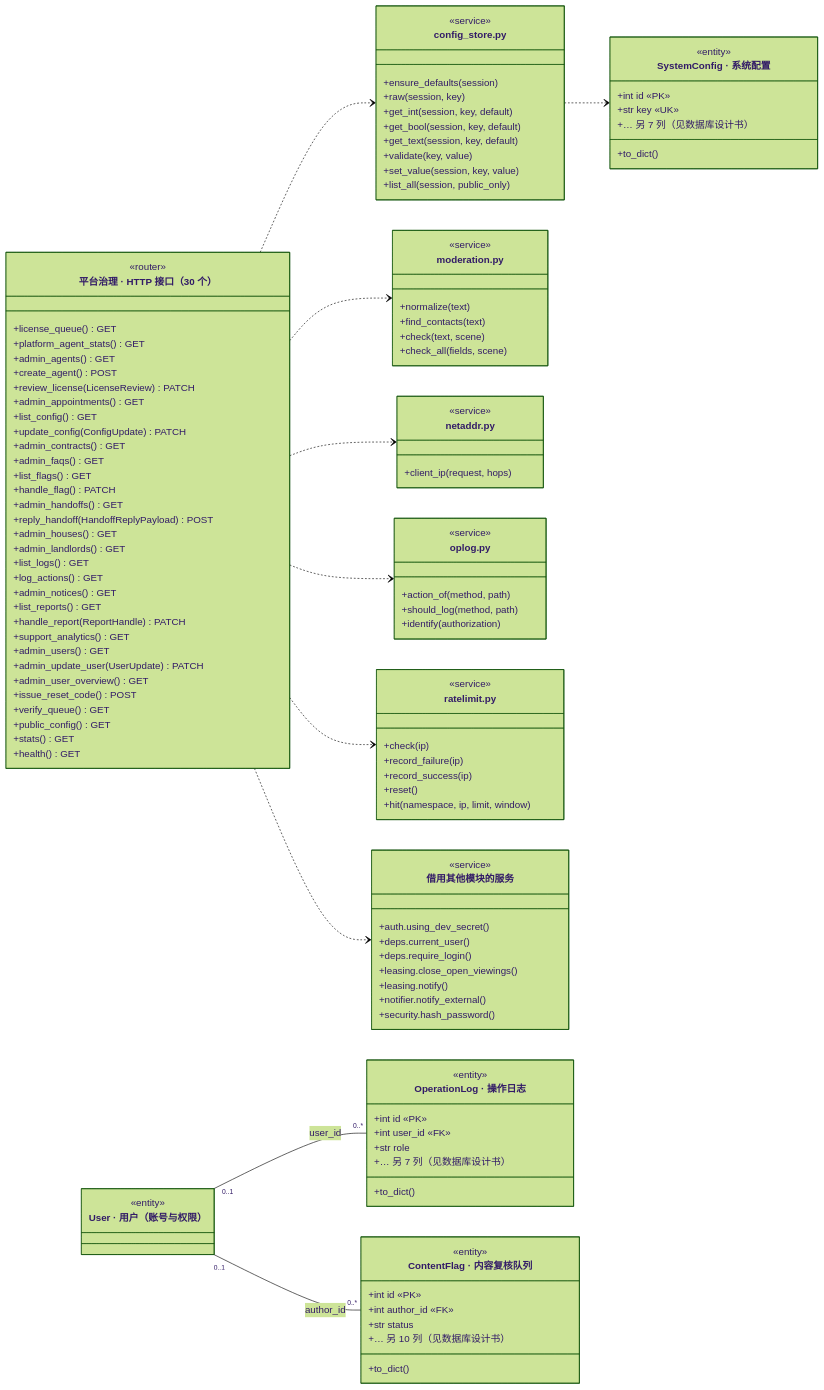
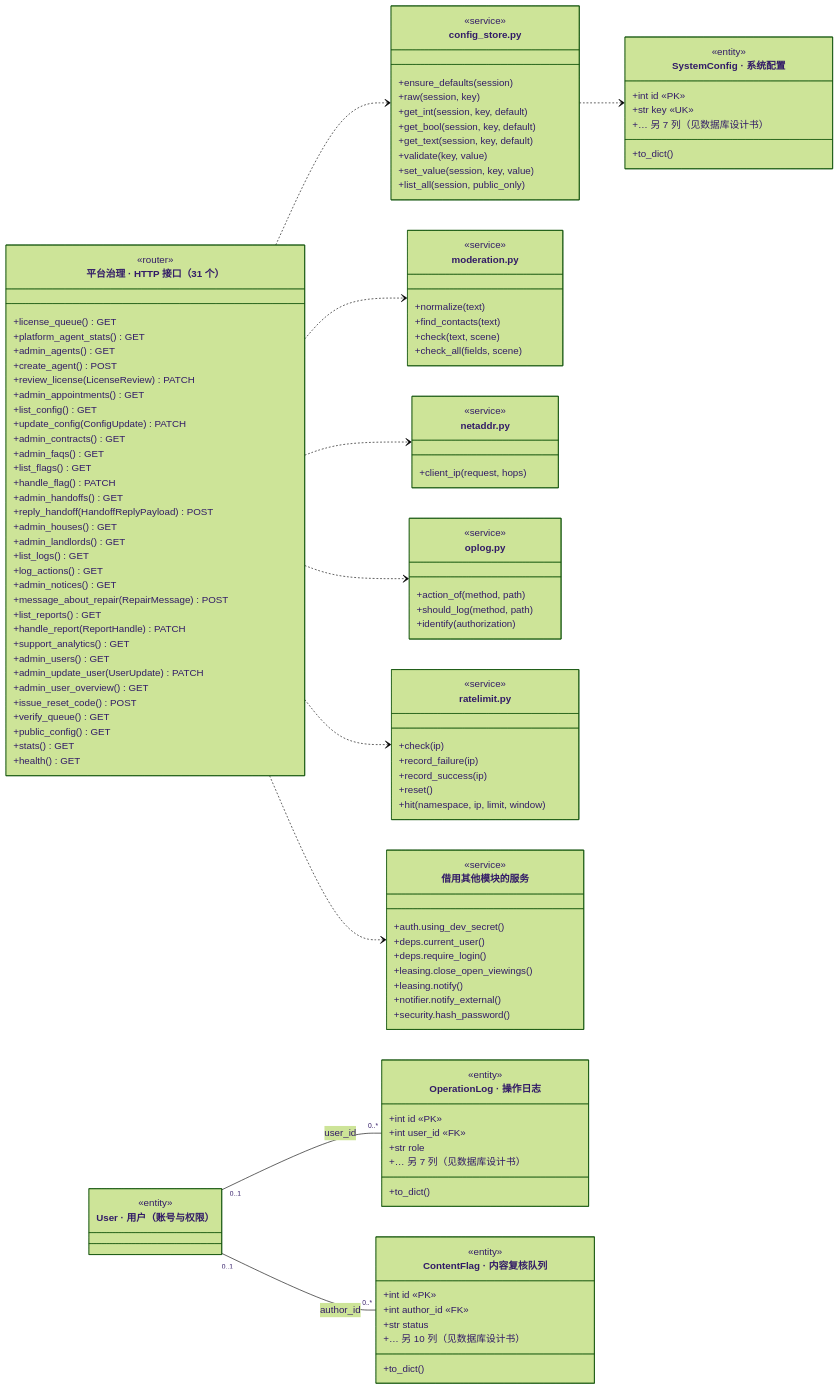
Before and after one commit to A107586/ai-house-rental: the diagram in docs/图/class_governance.mmd, drawn with Mermaid (forest theme). The commit also changed 28 other files, not shown here.

```diff
--- a/docs/图/class_governance.mmd
+++ b/docs/图/class_governance.mmd
@@ -1,115 +1,116 @@
 classDiagram
     direction LR
-    class Api["平台治理 · HTTP 接口（30 个）"] {
+    class Api["平台治理 · HTTP 接口（31 个）"] {
         <<router>>
         +license_queue() GET
         +platform_agent_stats() GET
         +admin_agents() GET
         +create_agent() POST
         +review_license(LicenseReview) PATCH
         +admin_appointments() GET
         +list_config() GET
         +update_config(ConfigUpdate) PATCH
         +admin_contracts() GET
         +admin_faqs() GET
         +list_flags() GET
         +handle_flag() PATCH
         +admin_handoffs() GET
         +reply_handoff(HandoffReplyPayload) POST
         +admin_houses() GET
         +admin_landlords() GET
         +list_logs() GET
         +log_actions() GET
         +admin_notices() GET
+        +message_about_repair(RepairMessage) POST
         +list_reports() GET
         +handle_report(ReportHandle) PATCH
         +support_analytics() GET
         +admin_users() GET
         +admin_update_user(UserUpdate) PATCH
         +admin_user_overview() GET
         +issue_reset_code() POST
         +verify_queue() GET
         +public_config() GET
         +stats() GET
         +health() GET
     }
     class m_config_store["config_store.py"] {
         <<service>>
         +ensure_defaults(session)
         +raw(session, key)
         +get_int(session, key, default)
         +get_bool(session, key, default)
         +get_text(session, key, default)
         +validate(key, value)
         +set_value(session, key, value)
         +list_all(session, public_only)
     }
     Api ..> m_config_store
     class m_moderation["moderation.py"] {
         <<service>>
         +normalize(text)
         +find_contacts(text)
         +check(text, scene)
         +check_all(fields, scene)
     }
     Api ..> m_moderation
     class m_netaddr["netaddr.py"] {
         <<service>>
         +client_ip(request, hops)
     }
     Api ..> m_netaddr
     class m_oplog["oplog.py"] {
         <<service>>
         +action_of(method, path)
         +should_log(method, path)
         +identify(authorization)
     }
     Api ..> m_oplog
     class m_ratelimit["ratelimit.py"] {
         <<service>>
         +check(ip)
         +record_failure(ip)
         +record_success(ip)
         +reset()
         +hit(namespace, ip, limit, window)
     }
     Api ..> m_ratelimit
     class m_shared["借用其他模块的服务"] {
         <<service>>
         +auth.using_dev_secret()
         +deps.current_user()
         +deps.require_login()
         +leasing.close_open_viewings()
         +leasing.notify()
         +notifier.notify_external()
         +security.hash_password()
     }
     Api ..> m_shared
     class OperationLog["OperationLog · 操作日志"] {
         <<entity>>
         +int id «PK»
         +int user_id «FK»
         +str role
         +… 另 7 列（见数据库设计书）
         +to_dict()
     }
     class ContentFlag["ContentFlag · 内容复核队列"] {
         <<entity>>
         +int id «PK»
         +int author_id «FK»
         +str status
         +… 另 10 列（见数据库设计书）
         +to_dict()
     }
     class SystemConfig["SystemConfig · 系统配置"] {
         <<entity>>
         +int id «PK»
         +str key «UK»
         +… 另 7 列（见数据库设计书）
         +to_dict()
     }
     class User["User · 用户（账号与权限）"]
     <<entity>> User
     User "0..1" -- "0..*" OperationLog : user_id
     User "0..1" -- "0..*" ContentFlag : author_id
     m_config_store ..> SystemConfig
```
